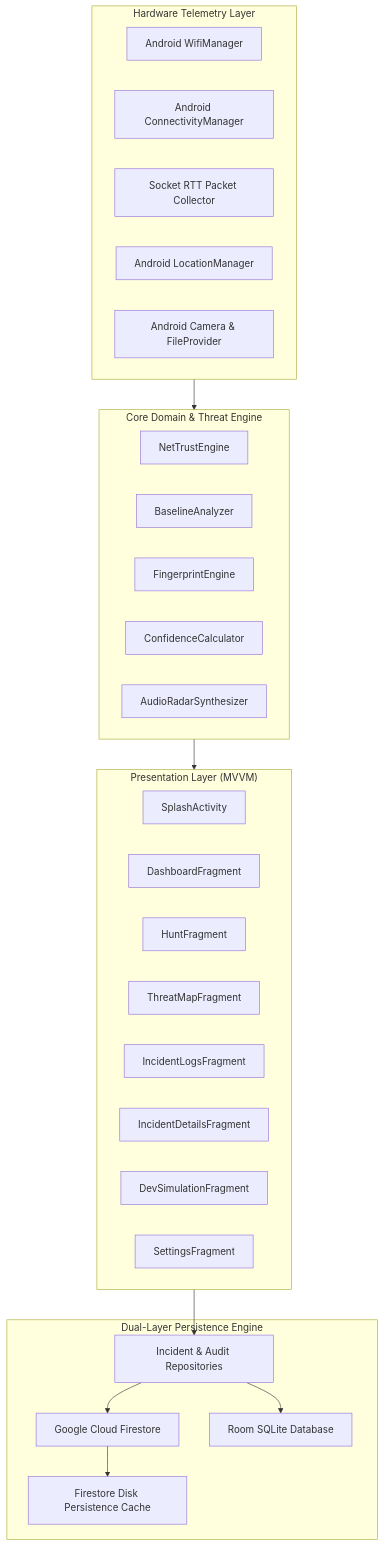
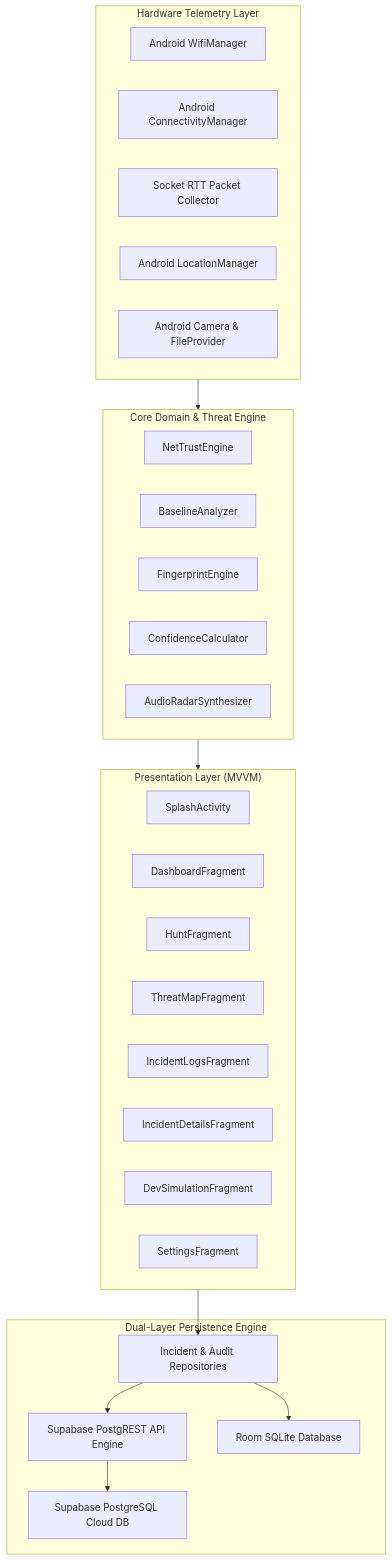
Before and after one commit to gitruparel/NetSentinel: the diagram in context.md, drawn with Mermaid. The commit also changed other lines of this file and 51 other files, not shown here.

First line of the commit message:
feat(core): comprehensive architecture refactoring, performance overhaul, and unit tests

````diff
--- a/context.md
+++ b/context.md
@@ -32,43 +32,43 @@
 ```mermaid
 graph TD
     subgraph UI_Layer ["Presentation Layer (MVVM)"]
         Splash[SplashActivity]
         Dash[DashboardFragment]
         Hunt[HuntFragment]
         Map[ThreatMapFragment]
         Logs[IncidentLogsFragment]
         Detail[IncidentDetailsFragment]
         Sim[DevSimulationFragment]
         Set[SettingsFragment]
     end
 
     subgraph Domain_Engine ["Core Domain & Threat Engine"]
         NetTrust[NetTrustEngine]
         BaseAna[BaselineAnalyzer]
         Finger[FingerprintEngine]
         ConfCalc[ConfidenceCalculator]
         AudioSyn[AudioRadarSynthesizer]
     end
 
     subgraph Hardware_Network ["Hardware Telemetry Layer"]
         WifiMgr[Android WifiManager]
         ConnMgr[Android ConnectivityManager]
         SockRTT[Socket RTT Packet Collector]
         GPSMgr[Android LocationManager]
         CamMgr[Android Camera & FileProvider]
     end
 
     subgraph Data_Storage ["Dual-Layer Persistence Engine"]
-        Firestore[Google Cloud Firestore]
-        FirestoreCache[Firestore Disk Persistence Cache]
+        SupabaseCloud[Supabase PostgreSQL Cloud DB]
+        PostgREST[Supabase PostgREST API Engine]
         RoomDB[Room SQLite Database]
         Repo[Incident & Audit Repositories]
     end
 
     Hardware_Network --> Domain_Engine
     Domain_Engine --> UI_Layer
     UI_Layer --> Repo
     Repo --> RoomDB
-    Repo --> Firestore
-    Firestore --> FirestoreCache
+    Repo --> PostgREST
+    PostgREST --> SupabaseCloud
 ```
````
